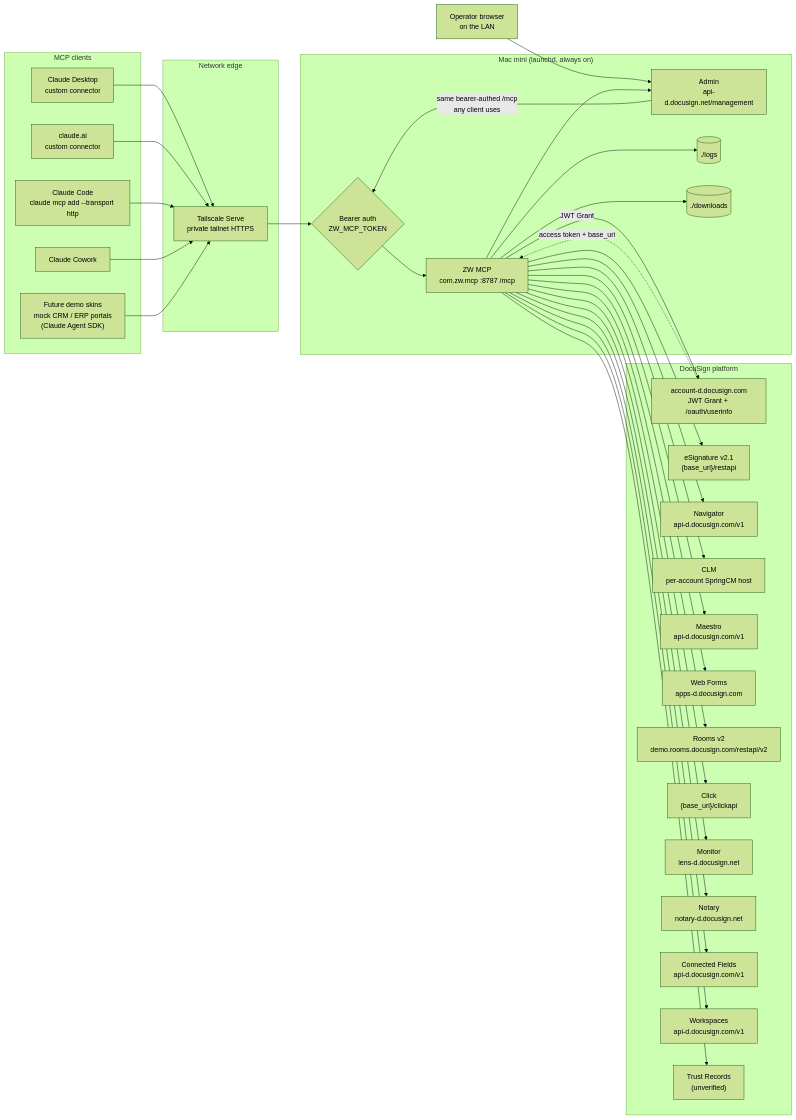
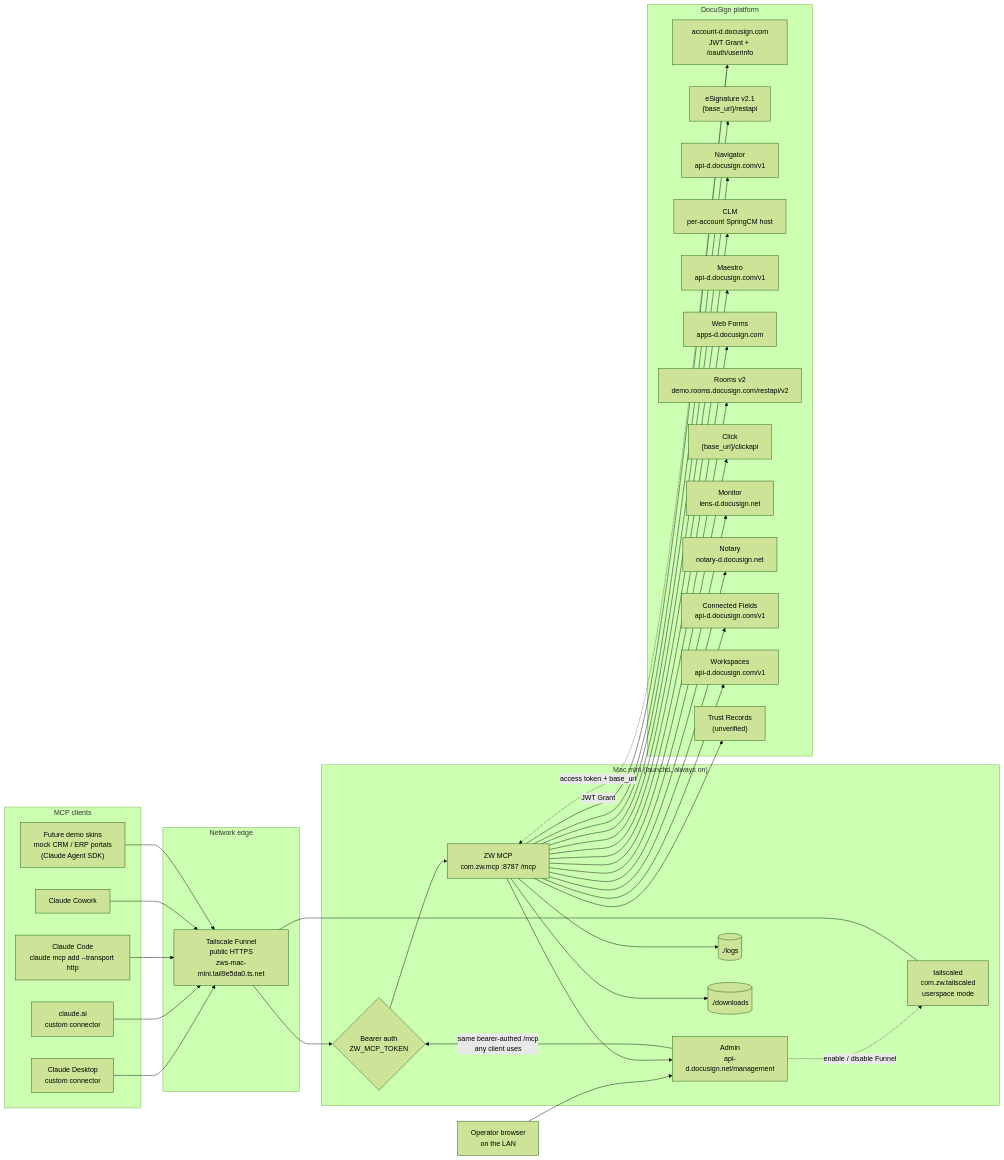
The first of 3 diagrams in docs/ARCHITECTURE.md (zach-woodward/zw-mcp), drawn with Mermaid (forest theme) before and after one commit. The commit also changed 4 other files, not shown here.

First line of the commit message:
Add tailscaled launchd agent and a Funnel toggle in the admin console

````diff
--- a/docs/ARCHITECTURE.md
+++ b/docs/ARCHITECTURE.md
@@ -17,65 +17,68 @@
 ```mermaid
 graph LR
   subgraph clients["MCP clients"]
     CD["Claude Desktop<br/>custom connector"]
     CAI["claude.ai<br/>custom connector"]
     CC["Claude Code<br/>claude mcp add --transport http"]
     COW["Claude Cowork"]
     SKIN["Future demo skins<br/>mock CRM / ERP portals<br/>(Claude Agent SDK)"]
   end
 
   subgraph edge["Network edge"]
-    TS["Tailscale Serve<br/>private tailnet HTTPS"]
+    TS["Tailscale Funnel<br/>public HTTPS<br/>zws-mac-mini.tail9e5da0.ts.net"]
   end
 
   subgraph mini["Mac mini (launchd, always on)"]
     AUTHZ{"Bearer auth<br/>ZW_MCP_TOKEN"}
     ZW["ZW MCP<br/>com.zw.mcp :8787 /mcp"]
     ADMIN["Admin console<br/>com.zw.mcp.admin :8788<br/>separate app, LAN-bound"]
+    TSD["tailscaled<br/>com.zw.tailscaled<br/>userspace mode"]
     LOGS[("./logs")]
     DL[("./downloads")]
   end
 
   subgraph ds["DocuSign platform"]
     OAUTH["account-d.docusign.com<br/>JWT Grant + /oauth/userinfo"]
     ESIGN["eSignature v2.1<br/>{base_uri}/restapi"]
     NAV["Navigator<br/>api-d.docusign.com/v1"]
     CLM["CLM<br/>per-account SpringCM host"]
     MAE["Maestro<br/>api-d.docusign.com/v1"]
     WF["Web Forms<br/>apps-d.docusign.com"]
     ROOMS["Rooms v2<br/>demo.rooms.docusign.com/restapi/v2"]
     CLICK["Click<br/>{base_uri}/clickapi"]
     ADMIN["Admin<br/>api-d.docusign.net/management"]
     MON["Monitor<br/>lens-d.docusign.net"]
     NOT["Notary<br/>notary-d.docusign.net"]
     CF["Connected Fields<br/>api-d.docusign.com/v1"]
     WS["Workspaces<br/>api-d.docusign.com/v1"]
     TR["Trust Records<br/>(unverified)"]
   end
 
   CD --> TS
   CAI --> TS
   CC --> TS
   COW --> TS
   SKIN --> TS
   TS --> AUTHZ --> ZW
   LAN["Operator browser<br/>on the LAN"] --> ADMIN
   ADMIN -->|same bearer-authed /mcp<br/>any client uses| AUTHZ
+  ADMIN -.->|enable / disable Funnel| TSD
+  TSD --- TS
   ZW --> LOGS
   ZW --> DL
   ZW -->|JWT Grant| OAUTH
   OAUTH -.->|access token + base_uri| ZW
   ZW --> ESIGN
   ZW --> NAV
   ZW --> CLM
   ZW --> MAE
   ZW --> WF
   ZW --> ROOMS
   ZW --> CLICK
   ZW --> ADMIN
   ZW --> MON
   ZW --> NOT
   ZW --> CF
   ZW --> WS
   ZW --> TR
 ```
````
